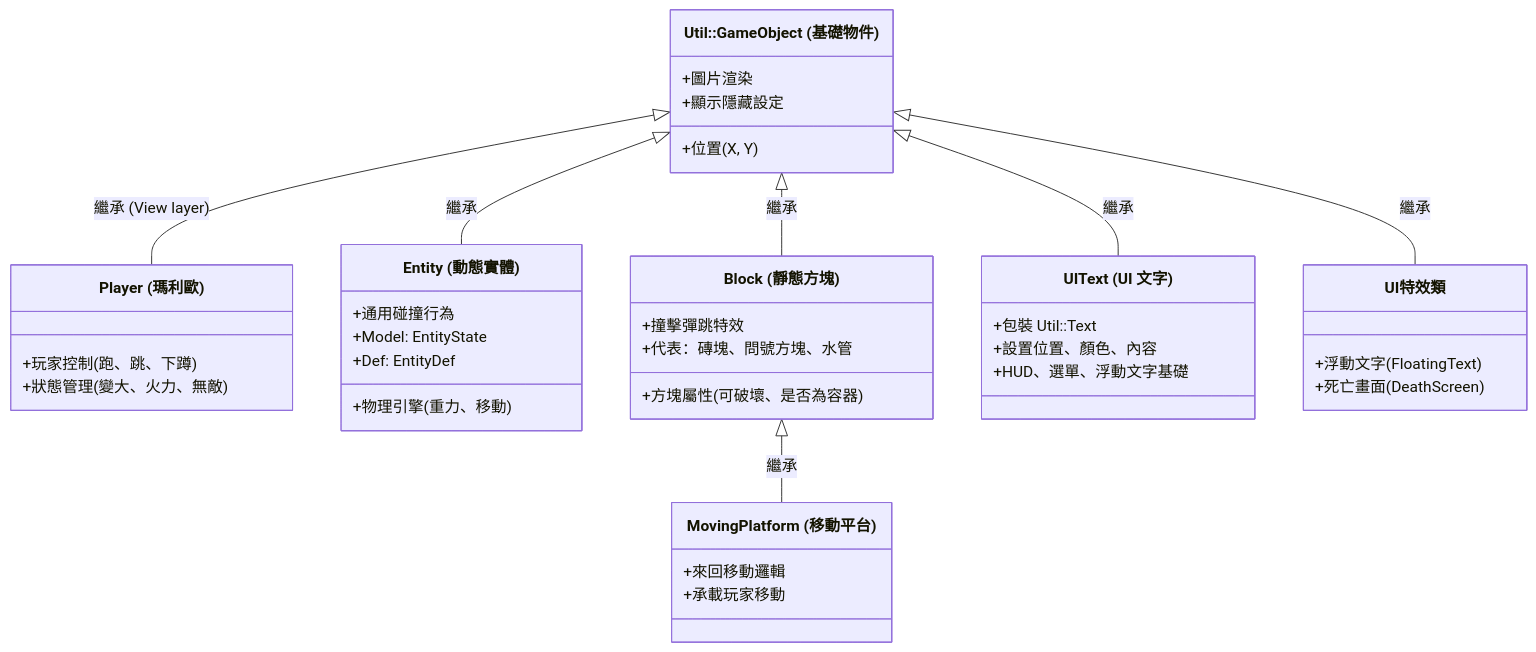
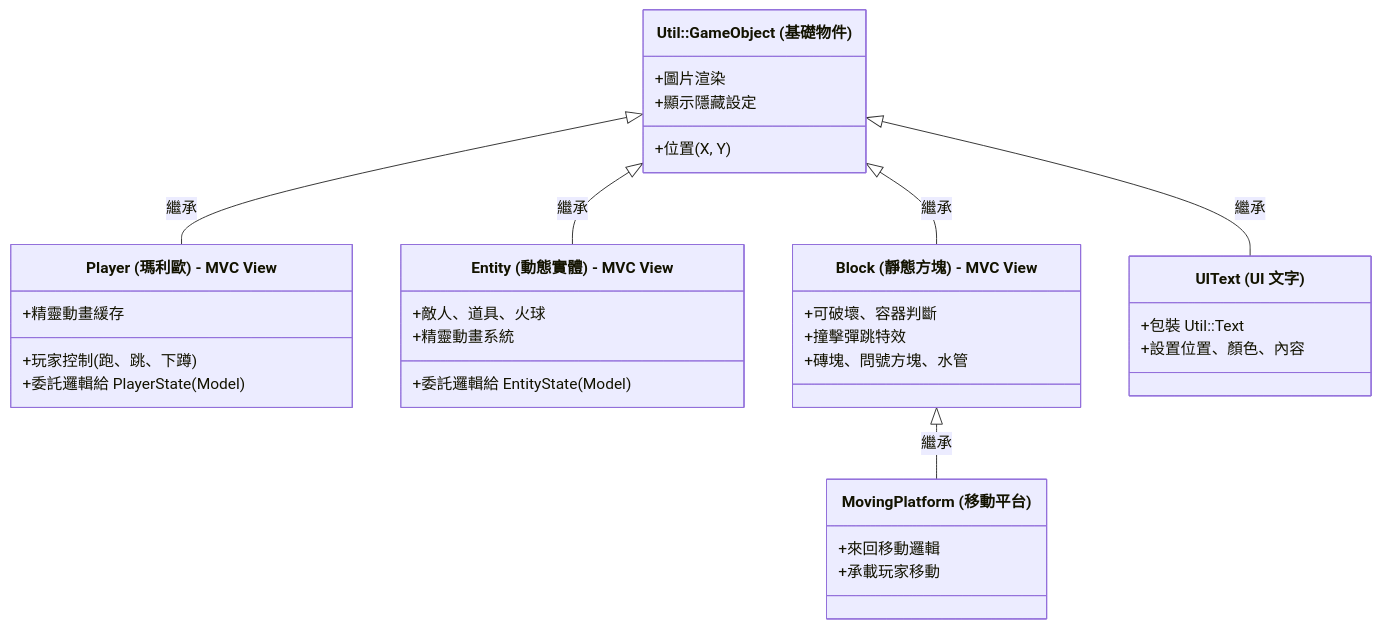
Before and after one commit to Andy87877/NTUT_OOPL_mario: the third of 21 diagrams in Constructure.md, drawn with Mermaid. The commit also changed other lines of this file and 28 other files, not shown here.

````diff
--- a/Constructure.md
+++ b/Constructure.md
@@ -11,54 +1232,47 @@
 ```mermaid
 classDiagram
     direction TB
 
     %% 基礎物件
     class GameObject["Util::GameObject (基礎物件)"] {
         +位置 (X, Y)
         +圖片渲染
         +顯示隱藏設定
     }
 
     %% 衍生類別
-    class Player["Player (瑪利歐)"] {
+    class Player["Player (瑪利歐) - MVC View"] {
         +玩家控制 (跑、跳、下蹲)
-        +狀態管理 (變大、火力、無敵)
+        +精靈動畫緩存
+        +委託邏輯給 PlayerState (Model)
     }
 
-    class Entity["Entity (動態實體)"] {
-        +物理引擎 (重力、移動)
-        +通用碰撞行為
-        +Model: EntityState
-        +Def: EntityDef
+    class Entity["Entity (動態實體) - MVC View"] {
+        +敵人、道具、火球
+        +精靈動畫系統
+        +委託邏輯給 EntityState (Model)
     }
 
-    class Block["Block (靜態方塊)"] {
-        +方塊屬性 (可破壞、是否為容器)
+    class Block["Block (靜態方塊) - MVC View"] {
+        +可破壞、容器判斷
         +撞擊彈跳特效
-        +代表：磚塊、問號方塊、水管
+        +磚塊、問號方塊、水管
     }
 
     class MovingPlatform["MovingPlatform (移動平台)"] {
         +來回移動邏輯
         +承載玩家移動
     }
 
     class UIText["UIText (UI 文字)"] {
         +包裝 Util::Text
         +設置位置、顏色、內容
-        +HUD、選單、浮動文字基礎
-    }
-
-    class UIElement["UI特效類"] {
-        +浮動文字 (FloatingText)
-        +死亡畫面 (DeathScreen)
     }
 
     %% 繼承關係
-    GameObject <|-- Player : 繼承 (View layer)
+    GameObject <|-- Player : 繼承
     GameObject <|-- Entity : 繼承
     GameObject <|-- Block : 繼承
     GameObject <|-- UIText : 繼承
-    GameObject <|-- UIElement : 繼承
     Block <|-- MovingPlatform : 繼承
 ```
````
